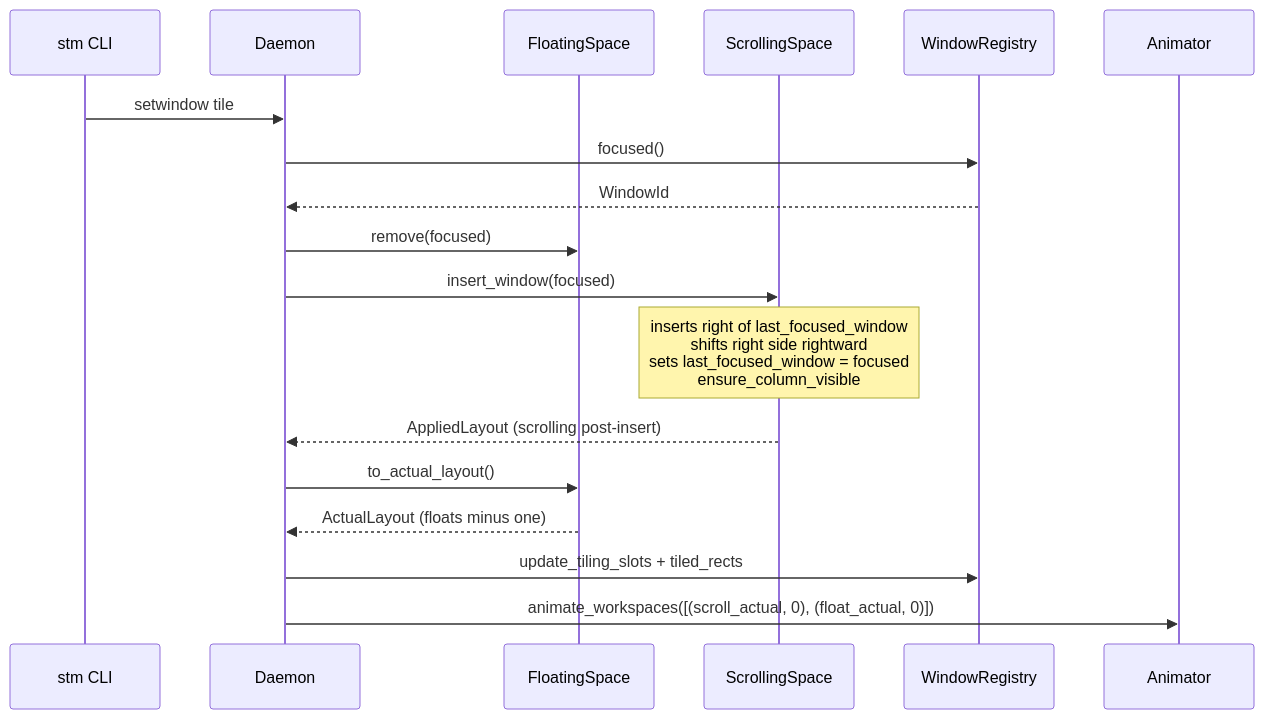
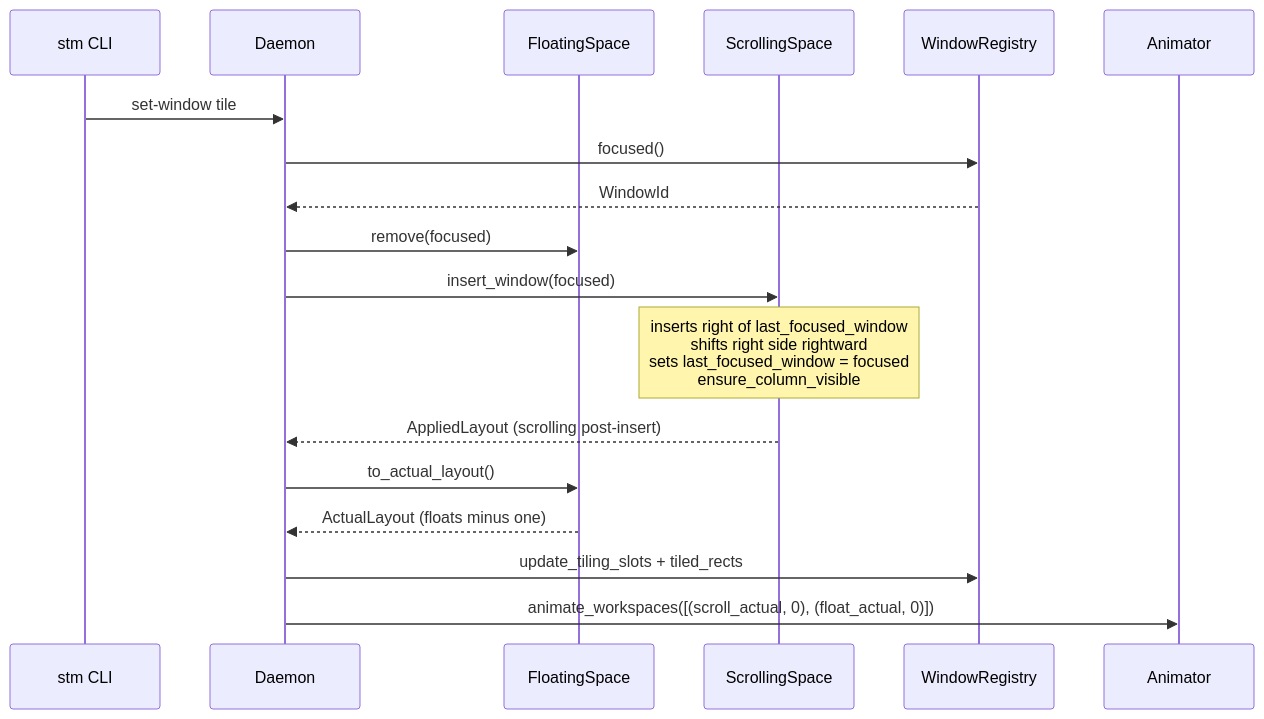
One commit to CCpcalvin/flow-wm changed the fourth of 6 diagrams in docs/src/dev-guide/floating-space.md. Above: the diagram before and after it, drawn with Mermaid. The commit also changed other lines of this file and 20 other files, not shown here.

````diff
--- a/docs/src/dev-guide/floating-space.md
+++ b/docs/src/dev-guide/floating-space.md
@@ -157,21 +157,21 @@
 ```mermaid
 sequenceDiagram
     participant CLI as stm CLI
     participant STM as Daemon
     participant FS as FloatingSpace
     participant SS as ScrollingSpace
     participant Reg as WindowRegistry
     participant Anim as Animator
 
-    CLI->>STM: setwindow tile
+    CLI->>STM: set-window tile
     STM->>Reg: focused()
     Reg-->>STM: WindowId
     STM->>FS: remove(focused)
     STM->>SS: insert_window(focused)
     Note over SS: inserts right of last_focused_window<br/>shifts right side rightward<br/>sets last_focused_window = focused<br/>ensure_column_visible
     SS-->>STM: AppliedLayout (scrolling post-insert)
     STM->>FS: to_actual_layout()
     FS-->>STM: ActualLayout (floats minus one)
     STM->>Reg: update_tiling_slots + tiled_rects
     STM->>Anim: animate_workspaces([(scroll_actual, 0), (float_actual, 0)])
 ```
````
